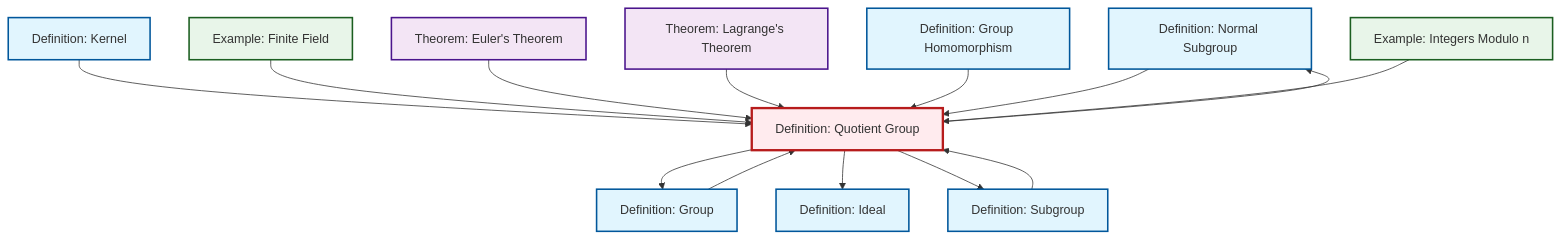
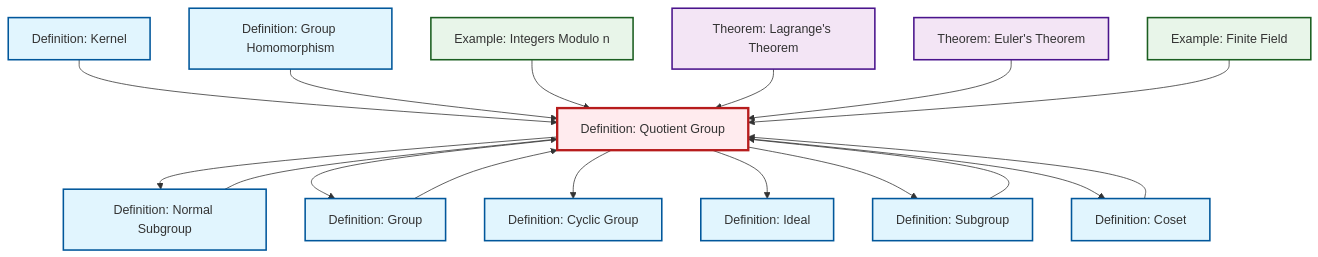
One commit to RK0429/ModernMath changed the diagram in content/en/algebra/def-quotient-group.qmd. Above: the diagram before and after it, drawn with Mermaid. The commit also changed 417 other files, not shown here.

````diff
--- a/content/en/algebra/def-quotient-group.qmd
+++ b/content/en/algebra/def-quotient-group.qmd
@@ -141,44 +141,51 @@
 ```{mermaid}
 %%| fig-cap: "Local dependency graph"
 graph TD
     classDef definition fill:#e1f5fe,stroke:#01579b,stroke-width:2px
     classDef theorem fill:#f3e5f5,stroke:#4a148c,stroke-width:2px
     classDef axiom fill:#fff3e0,stroke:#e65100,stroke-width:2px
     classDef example fill:#e8f5e9,stroke:#1b5e20,stroke-width:2px
     classDef current fill:#ffebee,stroke:#b71c1c,stroke-width:3px
+    def-kernel["Definition: Kernel"]:::definition
+    ex-finite-field["Example: Finite Field"]:::example
+    def-cyclic-group["Definition: Cyclic Group"]:::definition
+    thm-euler["Theorem: Euler's Theorem"]:::theorem
+    def-coset["Definition: Coset"]:::definition
+    def-homomorphism["Definition: Group Homomorphism"]:::definition
+    def-normal-subgroup["Definition: Normal Subgroup"]:::definition
+    ex-quotient-integers-mod-n["Example: Integers Modulo n"]:::example
+    def-quotient-group["Definition: Quotient Group"]:::definition
     def-ideal["Definition: Ideal"]:::definition
-    def-normal-subgroup["Definition: Normal Subgroup"]:::definition
     def-subgroup["Definition: Subgroup"]:::definition
-    thm-euler["Theorem: Euler's Theorem"]:::theorem
-    ex-finite-field["Example: Finite Field"]:::example
-    def-kernel["Definition: Kernel"]:::definition
     def-group["Definition: Group"]:::definition
-    def-homomorphism["Definition: Group Homomorphism"]:::definition
-    def-quotient-group["Definition: Quotient Group"]:::definition
     thm-lagrange["Theorem: Lagrange's Theorem"]:::theorem
-    ex-quotient-integers-mod-n["Example: Integers Modulo n"]:::example
     def-kernel --> def-quotient-group
+    def-quotient-group --> def-normal-subgroup
     def-quotient-group --> def-group
+    def-coset --> def-quotient-group
+    def-quotient-group --> def-cyclic-group
+    def-group --> def-quotient-group
     def-quotient-group --> def-ideal
+    def-quotient-group --> def-subgroup
+    def-homomorphism --> def-quotient-group
+    ex-quotient-integers-mod-n --> def-quotient-group
+    def-subgroup --> def-quotient-group
+    thm-lagrange --> def-quotient-group
+    def-quotient-group --> def-coset
+    def-normal-subgroup --> def-quotient-group
+    thm-euler --> def-quotient-group
     ex-finite-field --> def-quotient-group
-    thm-euler --> def-quotient-group
-    def-subgroup --> def-quotient-group
-    def-group --> def-quotient-group
-    thm-lagrange --> def-quotient-group
-    def-homomorphism --> def-quotient-group
-    def-quotient-group --> def-subgroup
-    def-normal-subgroup --> def-quotient-group
-    ex-quotient-integers-mod-n --> def-quotient-group
-    def-quotient-group --> def-normal-subgroup
     class def-quotient-group current
+    click def-kernel "def-kernel.html" "Go to Kernel definition"
+    click ex-finite-field "ex-finite-field.html" "Go to Finite Field example"
+    click def-cyclic-group "def-cyclic-group.html" "Go to Cyclic Group definition"
+    click thm-euler "thm-euler.html" "Go to Euler's Theorem theorem"
+    click def-coset "def-coset.html" "Go to Coset definition"
+    click def-homomorphism "def-homomorphism.html" "Go to Group Homomorphism definition"
+    click def-normal-subgroup "def-normal-subgroup.html" "Go to Normal Subgroup definition"
+    click ex-quotient-integers-mod-n "ex-quotient-integers-mod-n.html" "Go to Integers Modulo n example"
     click def-ideal "def-ideal.html" "Go to Ideal definition"
-    click def-normal-subgroup "def-normal-subgroup.html" "Go to Normal Subgroup definition"
     click def-subgroup "def-subgroup.html" "Go to Subgroup definition"
-    click thm-euler "thm-euler.html" "Go to Euler's Theorem theorem"
-    click ex-finite-field "ex-finite-field.html" "Go to Finite Field example"
-    click def-kernel "def-kernel.html" "Go to Kernel definition"
     click def-group "def-group.html" "Go to Group definition"
-    click def-homomorphism "def-homomorphism.html" "Go to Group Homomorphism definition"
     click thm-lagrange "thm-lagrange.html" "Go to Lagrange's Theorem theorem"
-    click ex-quotient-integers-mod-n "ex-quotient-integers-mod-n.html" "Go to Integers Modulo n example"
 ```
````
